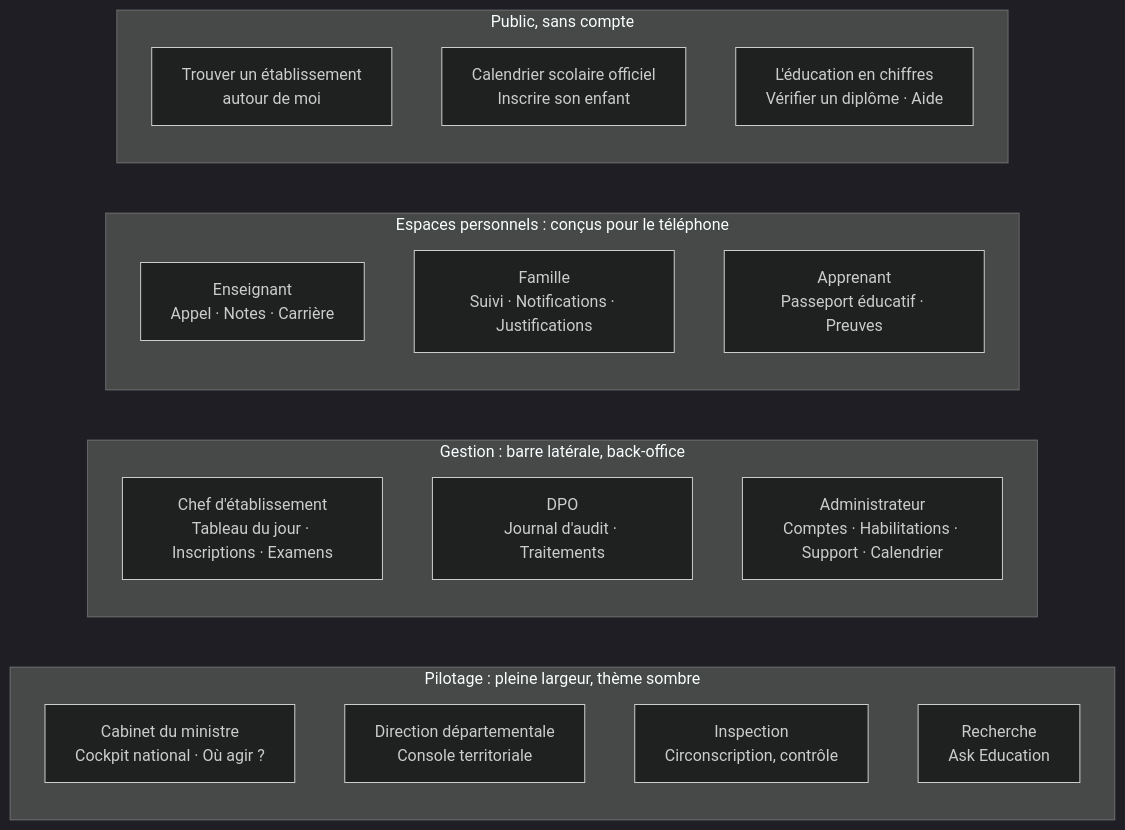
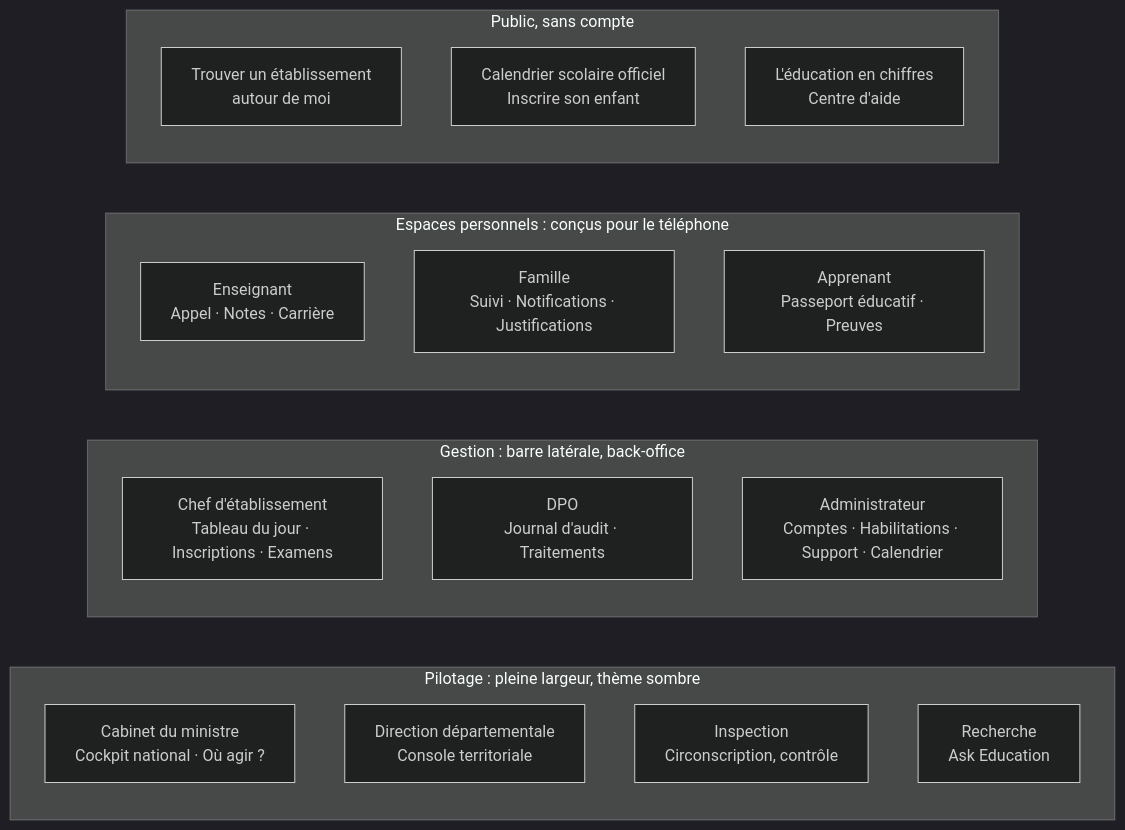
The first of 8 diagrams in README.md (ahetansaid/EduTech), drawn with Mermaid (dark theme) before and after one commit. The commit also changed other lines of this file and 5 other files, not shown here.

````diff
--- a/README.md
+++ b/README.md
@@ -59,24 +59,24 @@
 ```mermaid
 flowchart LR
     subgraph Pilotage["Pilotage : pleine largeur, thème sombre"]
         C["Cabinet du ministre<br/>Cockpit national · Où agir ?"]
         D["Direction départementale<br/>Console territoriale"]
         I["Inspection<br/>Circonscription, contrôle"]
         R["Recherche<br/>Ask Education"]
     end
     subgraph Gestion["Gestion : barre latérale, back-office"]
         E["Chef d'établissement<br/>Tableau du jour · Inscriptions · Examens"]
         P["DPO<br/>Journal d'audit · Traitements"]
         A["Administrateur<br/>Comptes · Habilitations · Support · Calendrier"]
     end
     subgraph Personnel["Espaces personnels : conçus pour le téléphone"]
         T["Enseignant<br/>Appel · Notes · Carrière"]
         F["Famille<br/>Suivi · Notifications · Justifications"]
         L["Apprenant<br/>Passeport éducatif · Preuves"]
     end
     subgraph Public["Public, sans compte"]
         V1["Trouver un établissement<br/>autour de moi"]
         V2["Calendrier scolaire officiel<br/>Inscrire son enfant"]
-        V3["L'éducation en chiffres<br/>Vérifier un diplôme · Aide"]
+        V3["L'éducation en chiffres<br/>Centre d'aide"]
     end
 ```
````
